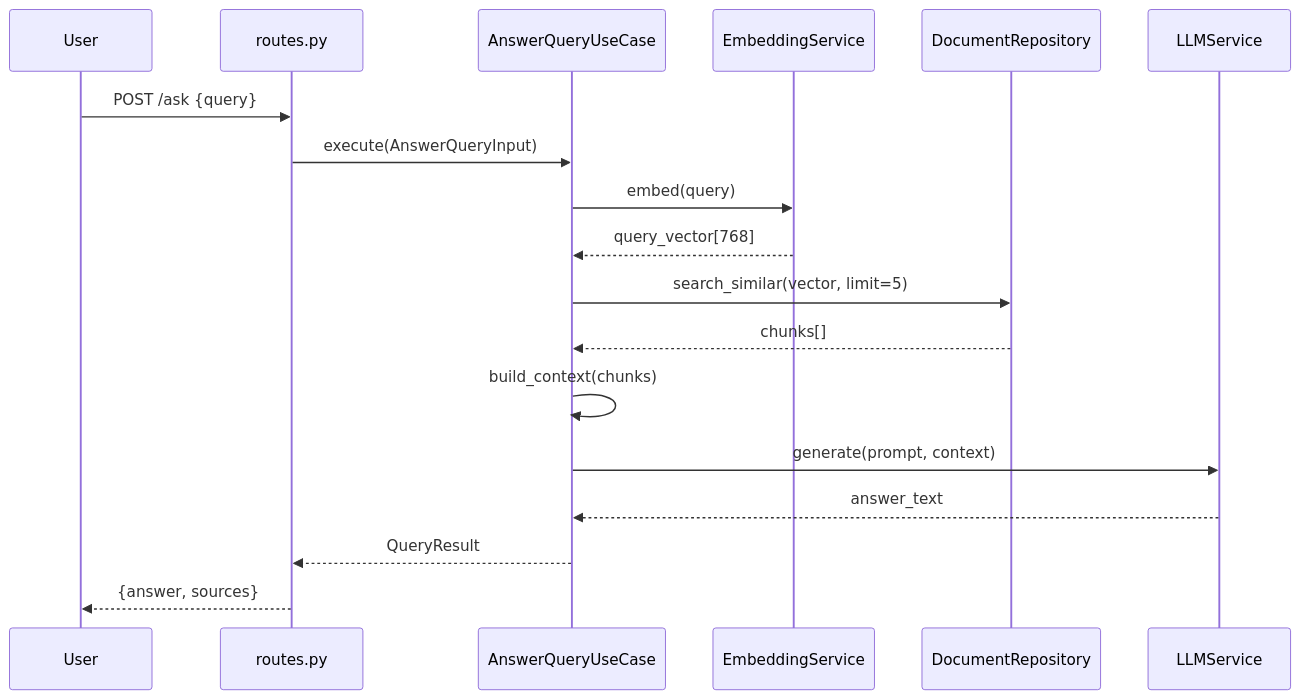
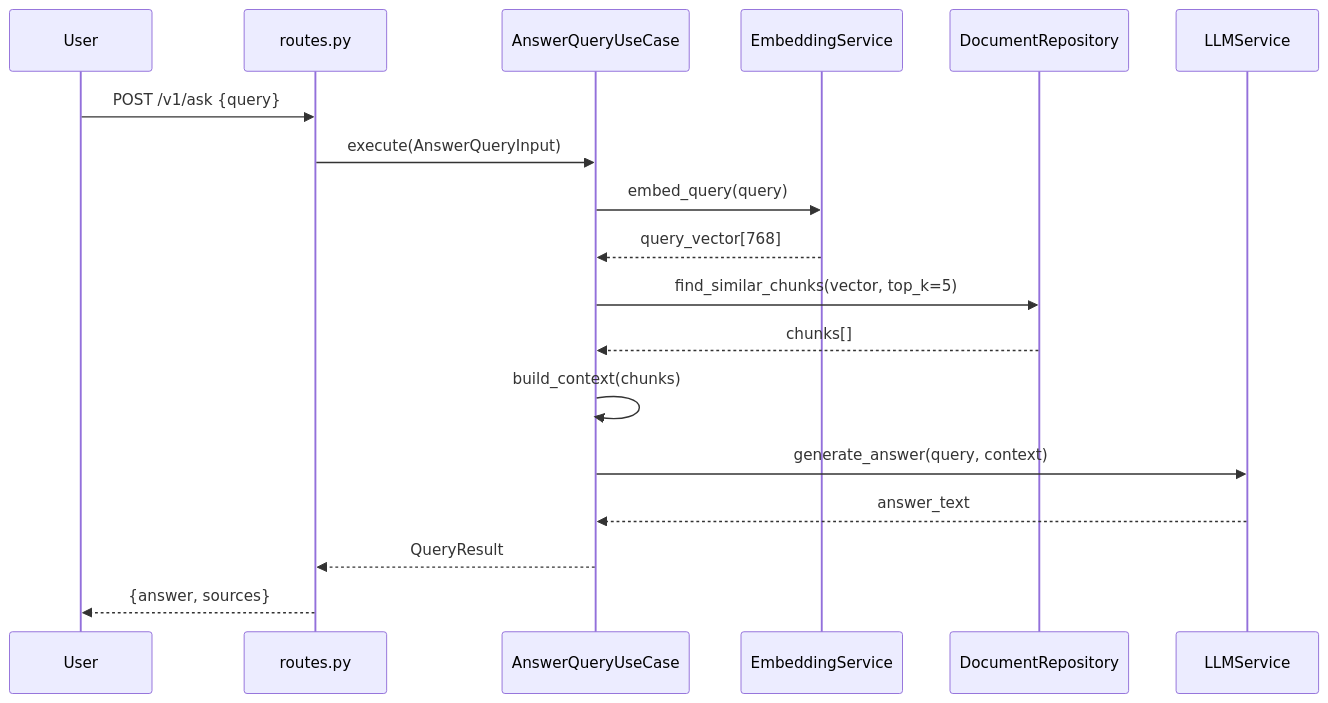
The third of 3 diagrams in doc/architecture/overview.md (SaintWyss/rag-corp), drawn with Mermaid before and after one commit. The commit also changed other lines of this file and 34 other files, not shown here.

````diff
--- a/doc/architecture/overview.md
+++ b/doc/architecture/overview.md
@@ -249,25 +254,25 @@
 ```mermaid
 sequenceDiagram
     participant User
     participant API as routes.py
     participant UseCase as AnswerQueryUseCase
     participant Embeddings as EmbeddingService
     participant Repo as DocumentRepository
     participant LLM as LLMService
 
-    User->>API: POST /ask {query}
+    User->>API: POST /v1/ask {query}
     API->>UseCase: execute(AnswerQueryInput)
     
-    UseCase->>Embeddings: embed(query)
+    UseCase->>Embeddings: embed_query(query)
     Embeddings-->>UseCase: query_vector[768]
     
-    UseCase->>Repo: search_similar(vector, limit=5)
+    UseCase->>Repo: find_similar_chunks(vector, top_k=5)
     Repo-->>UseCase: chunks[]
     
     UseCase->>UseCase: build_context(chunks)
-    UseCase->>LLM: generate(prompt, context)
+    UseCase->>LLM: generate_answer(query, context)
     LLM-->>UseCase: answer_text
     
     UseCase-->>API: QueryResult
     API-->>User: {answer, sources}
 ```
````
